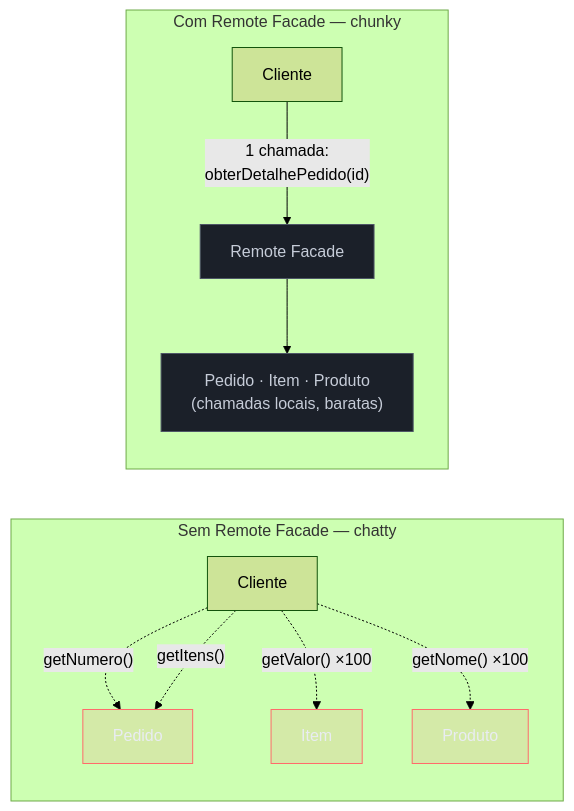
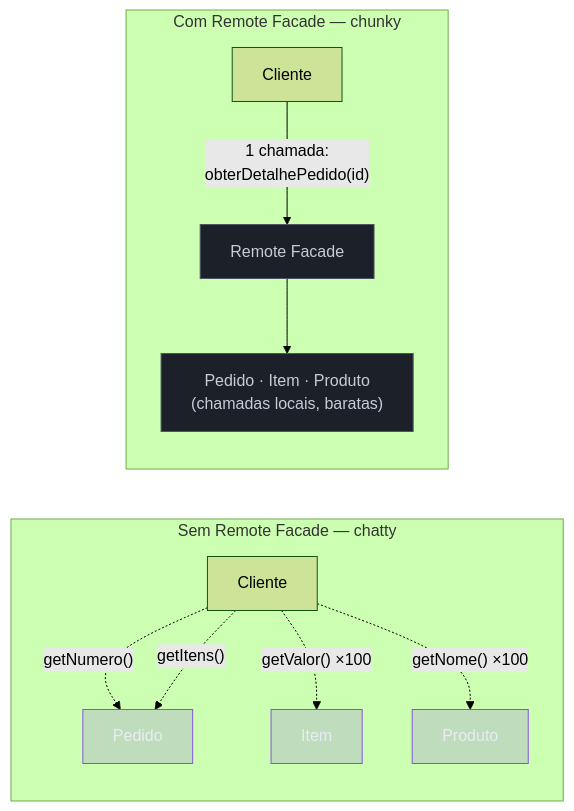
The diagram in 03-Dominios/Engenharia/Design de Software/Padrões de Projeto/Aplicação Corporativa/06 - Remote Facade.md (josenaldo/codex-technomanticus), drawn with Mermaid (forest theme) before and after one commit. The commit also changed 601 other files, not shown here.

````diff
--- a/03-Dominios/Engenharia/Design de Software/Padrões de Projeto/Aplicação Corporativa/06 - Remote Facade.md
+++ b/03-Dominios/Engenharia/Design de Software/Padrões de Projeto/Aplicação Corporativa/06 - Remote Facade.md
@@ -53,22 +53,22 @@
 ```mermaid
 graph LR
-    classDef falha fill:#FF6B6B24,stroke:#FF6B6B,color:#E9ECF2
+    classDef marca fill:#8855DF33,stroke:#8855DF,color:#E9ECF2
     classDef neutro fill:#1B2029,stroke:#4E5666,color:#C6CCD8
     subgraph SEM["Sem Remote Facade — chatty"]
         C1["Cliente"] -.->|"getNumero()"| O1["Pedido"]
         C1 -.->|"getItens()"| O1
         C1 -.->|"getValor() ×100"| O2["Item"]
         C1 -.->|"getNome() ×100"| O3["Produto"]
     end
 
     subgraph COM["Com Remote Facade — chunky"]
         C2["Cliente"] -->|"1 chamada:<br/>obterDetalhePedido(id)"| RF["Remote Facade"]
         RF --> P["Pedido · Item · Produto<br/>(chamadas locais, baratas)"]
     end
 
-    class O1 falha
-    class O2 falha
-    class O3 falha
+    class O1 marca
+    class O2 marca
+    class O3 marca
     class RF neutro
     class P neutro
 ```
````
